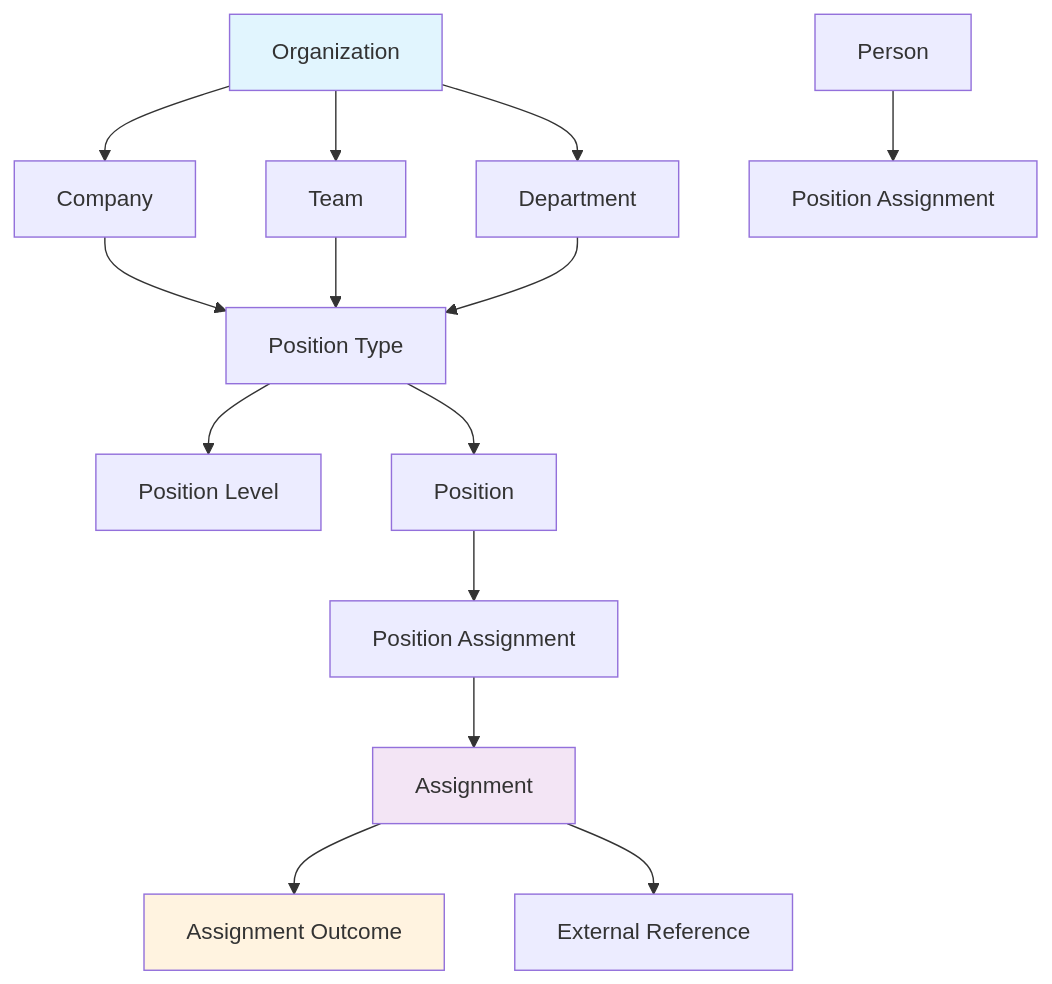
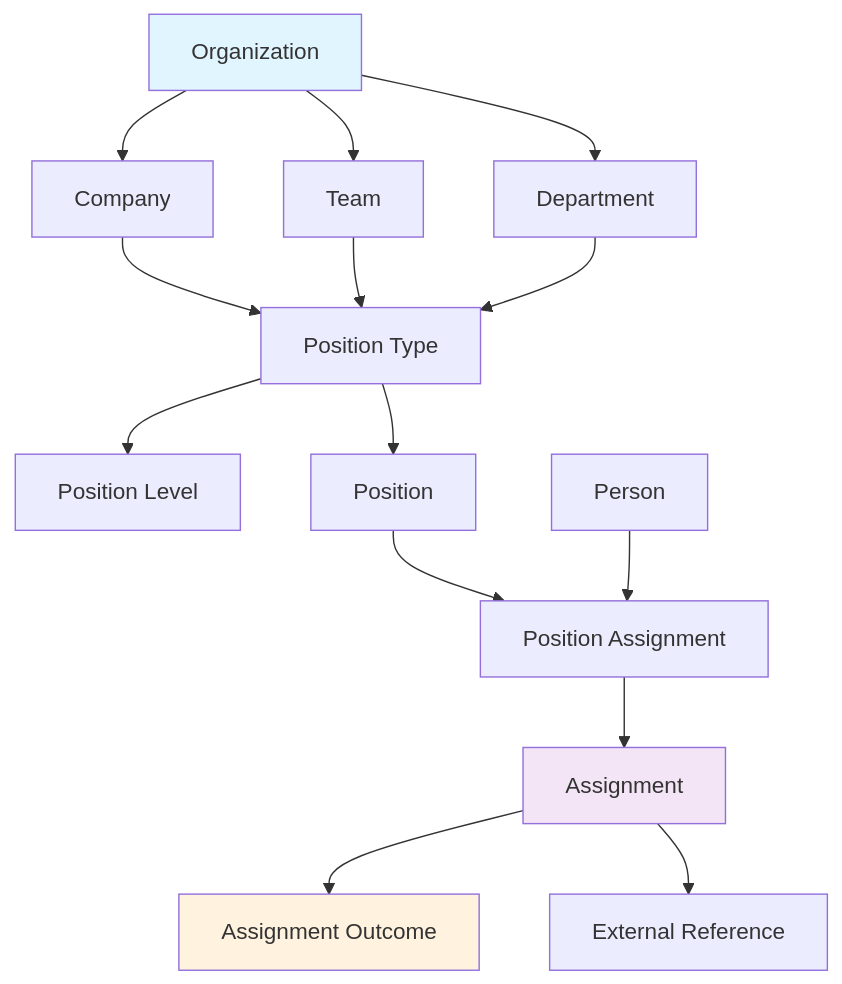
One commit to ar3/our_gruuv changed the first of 2 diagrams in ALIGN.md. Above: the diagram before and after it, drawn with Mermaid. The commit also changed 1 other file, not shown here.

Commit message:
Fix Sentry integration test to check source code for rescue_from configuration

````diff
--- a/ALIGN.md
+++ b/ALIGN.md
@@ -11,25 +11,25 @@
 ```mermaid
 graph TD
     A[Organization] --> B[Company]
     A --> C[Team]
     A --> D[Department]
     
     B --> E[Position Type]
     C --> E
     D --> E
     
     E --> F[Position Level]
     E --> G[Position]
     
     G --> H[Position Assignment]
     H --> I[Assignment]
     
     I --> J[Assignment Outcome]
     I --> K[External Reference]
     
-    L[Person] --> M[Position Assignment]
+    L[Person] --> H[Position Assignment]
     
     style A fill:#e1f5fe
     style I fill:#f3e5f5
     style J fill:#fff3e0
 ```
````
